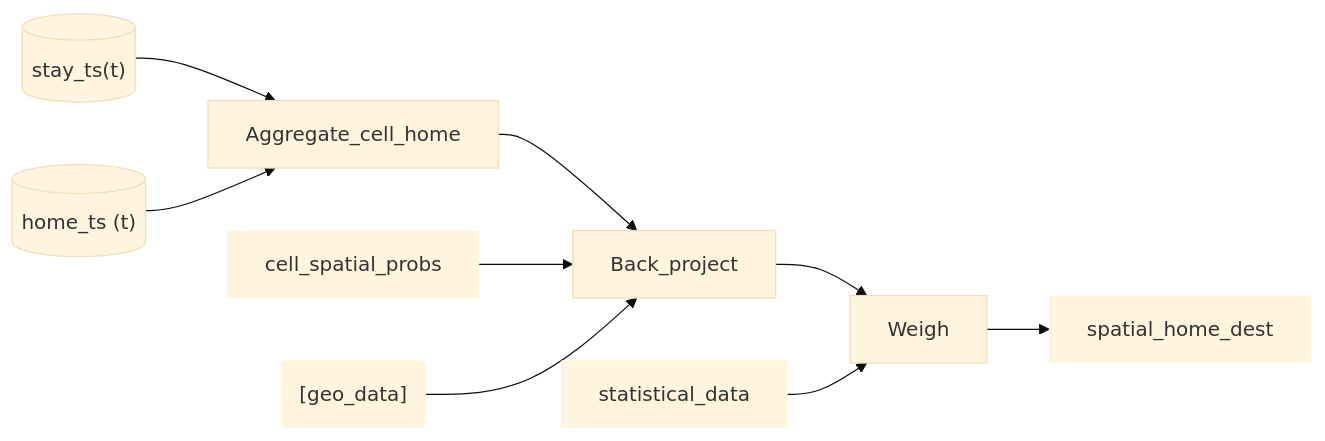
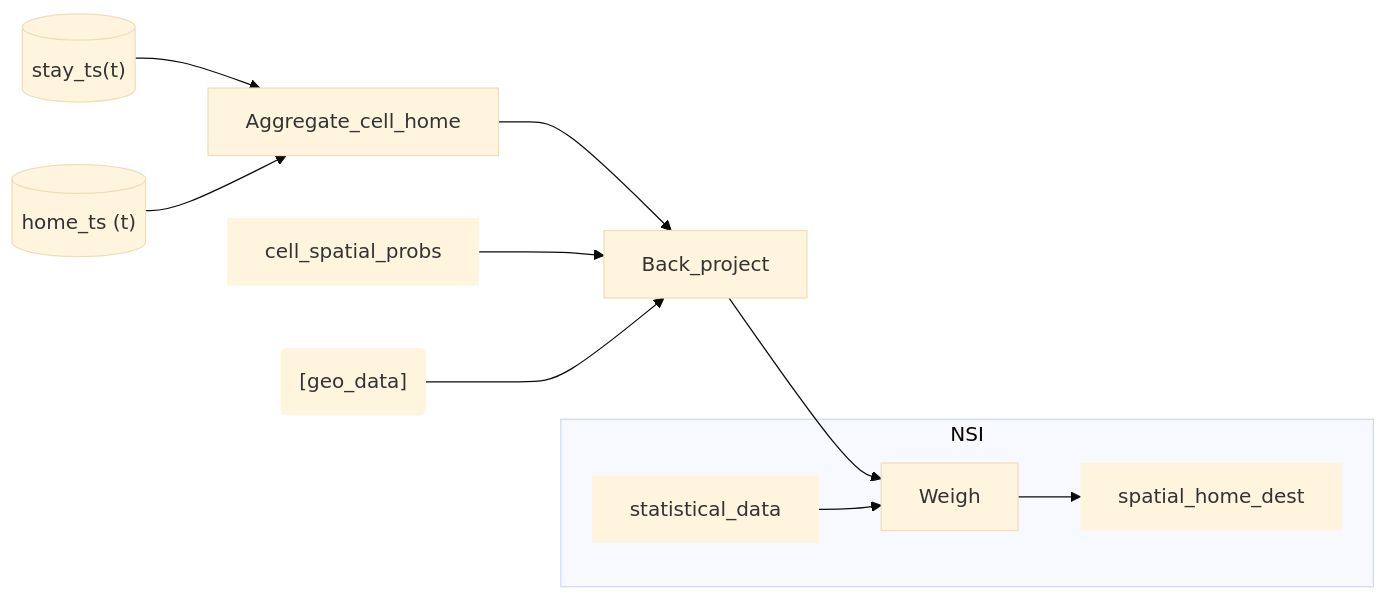
One commit to djvanderlaan/pipeline changed the tenth of 12 diagrams in README.md. Above: the diagram before and after it, drawn with Mermaid (base theme). The commit also changed other lines of this file, not shown here.

````diff
--- a/README.md
+++ b/README.md
@@ -115,13 +115,16 @@
 ```mermaid
 flowchart LR
 
-stay_ts[("stay_ts(t)")] --> Aggregate_cell_home --> Back_project --> Weigh --> spatial_home_dest:::data
+stay_ts[("stay_ts(t)")] --> Aggregate_cell_home --> Back_project --> Weigh 
 
 home_ts[("home_ts (t)")] --> Aggregate_cell_home
-
 cell_spatial_probs:::data --> Back_project
 geo_data("[geo_data]"):::data --> Back_project
-statistical_data:::data --> Weigh
+
+subgraph NSI
+  Weigh --> spatial_home_dest:::data
+  statistical_data:::data --> Weigh
+end
 
 classDef data stroke-width:0px
 ```
````
